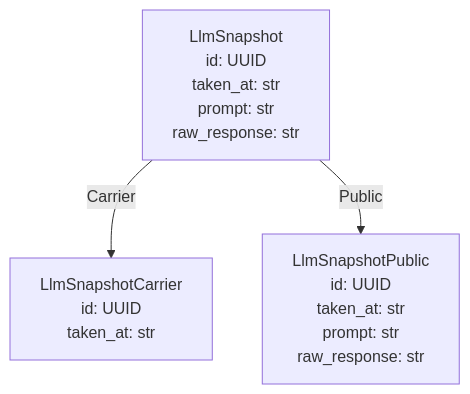
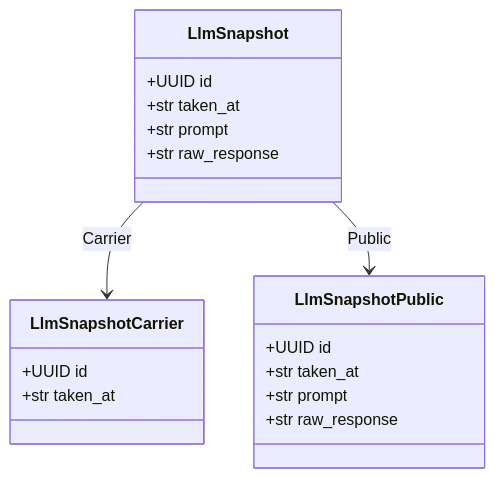
One commit to release-art/pydantic-prism changed the second of 4 diagrams in examples/embedded_refs/README.md. Above: the diagram before and after it, drawn with Mermaid. The commit also changed other lines of this file and 7 other files, not shown here.

````diff
--- a/examples/embedded_refs/README.md
+++ b/examples/embedded_refs/README.md
@@ -16,9 +16,22 @@
 ```mermaid
-graph TD
-    LlmSnapshot["LlmSnapshot<br/>id: UUID<br/>taken_at: str<br/>prompt: str<br/>raw_response: str"]
-    LlmSnapshotCarrier["LlmSnapshotCarrier<br/>id: UUID<br/>taken_at: str"]
-    LlmSnapshotPublic["LlmSnapshotPublic<br/>id: UUID<br/>taken_at: str<br/>prompt: str<br/>raw_response: str"]
-    LlmSnapshot -->|"Carrier"| LlmSnapshotCarrier
-    LlmSnapshot -->|"Public"| LlmSnapshotPublic
-    classDef partial stroke-dasharray: 5 5;
+classDiagram
+    direction TB
+    class LlmSnapshot {
+        +UUID id
+        +str taken_at
+        +str prompt
+        +str raw_response
+    }
+    class LlmSnapshotCarrier {
+        +UUID id
+        +str taken_at
+    }
+    class LlmSnapshotPublic {
+        +UUID id
+        +str taken_at
+        +str prompt
+        +str raw_response
+    }
+    LlmSnapshot --> LlmSnapshotCarrier : Carrier
+    LlmSnapshot --> LlmSnapshotPublic : Public
 ```
````
